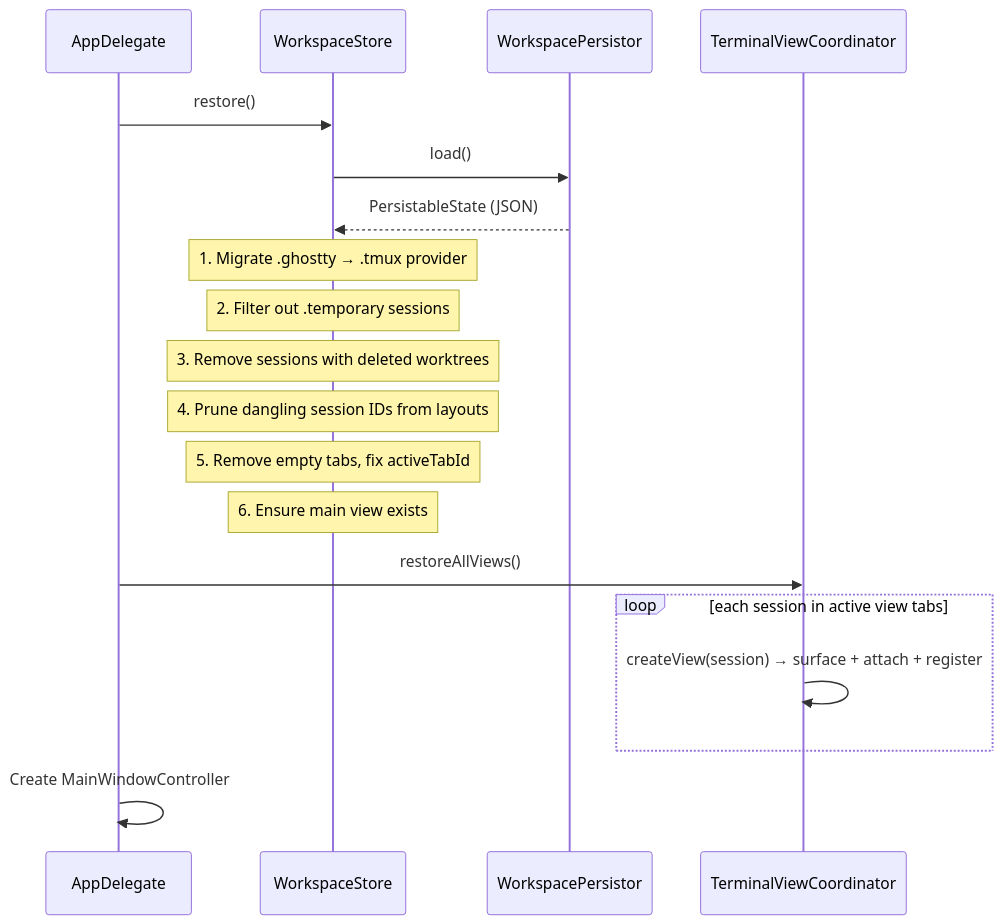
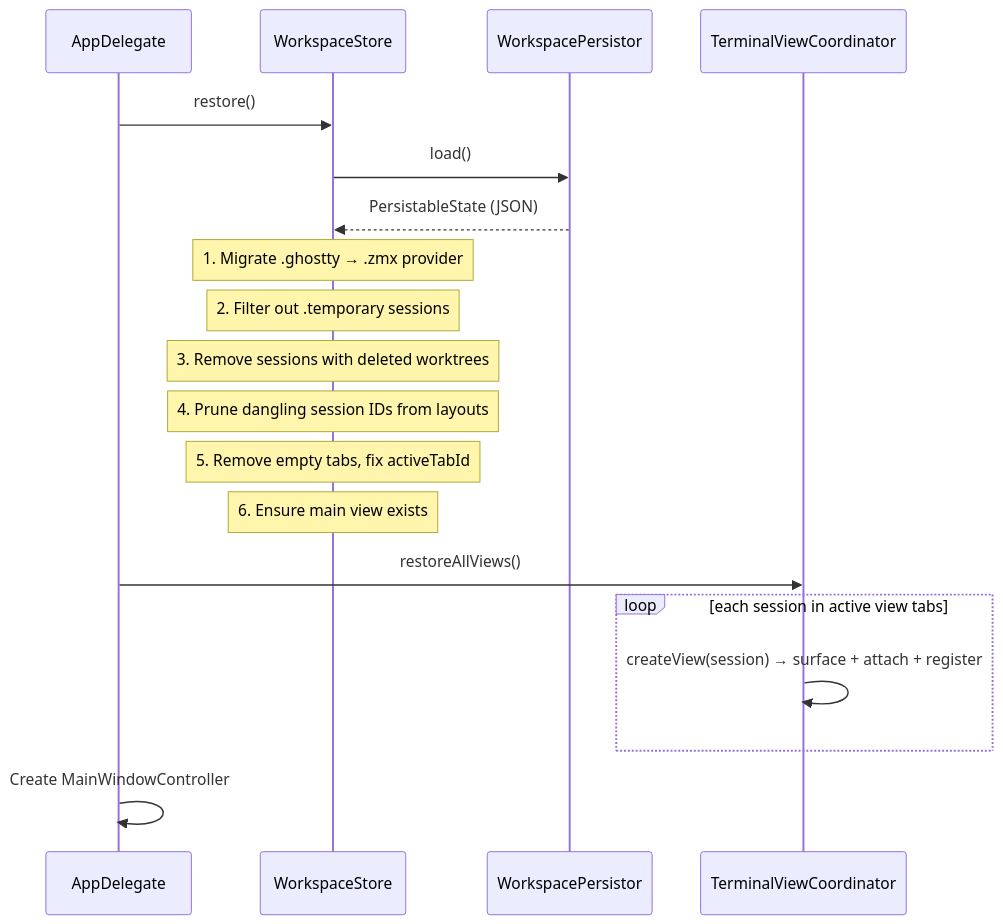
Before and after one commit to ShravanSunder/agentstudio: the fourth of 5 diagrams in docs/architecture/session_lifecycle.md, drawn with Mermaid. The commit also changed other lines of this file and 5 other files, not shown here.

````diff
--- a/docs/architecture/session_lifecycle.md
+++ b/docs/architecture/session_lifecycle.md
@@ -157,25 +157,25 @@
 ```mermaid
 sequenceDiagram
     participant AD as AppDelegate
     participant Store as WorkspaceStore
     participant P as WorkspacePersistor
     participant Coord as TerminalViewCoordinator
 
     AD->>Store: restore()
     Store->>P: load()
     P-->>Store: PersistableState (JSON)
 
-    Note over Store: 1. Migrate .ghostty → .tmux provider
+    Note over Store: 1. Migrate .ghostty → .zmx provider
     Note over Store: 2. Filter out .temporary sessions
     Note over Store: 3. Remove sessions with deleted worktrees
     Note over Store: 4. Prune dangling session IDs from layouts
     Note over Store: 5. Remove empty tabs, fix activeTabId
     Note over Store: 6. Ensure main view exists
 
     AD->>Coord: restoreAllViews()
     loop each session in active view tabs
         Coord->>Coord: createView(session) → surface + attach + register
     end
 
     AD->>AD: Create MainWindowController
 ```
````
